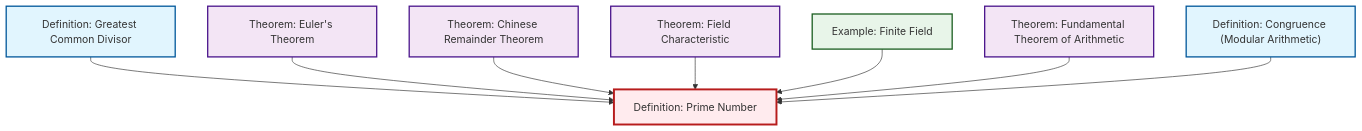
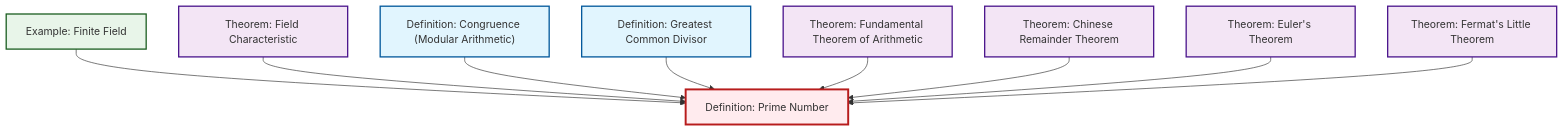
The diagram in content/ja/number-theory/def-prime.qmd (RK0429/ModernMath), drawn with Mermaid before and after one commit. The commit also changed 360 other files, not shown here.

````diff
--- a/content/ja/number-theory/def-prime.qmd
+++ b/content/ja/number-theory/def-prime.qmd
@@ -54,32 +54,35 @@
 ```{mermaid}
 %%| fig-cap: "Local dependency graph"
 graph TD
     classDef definition fill:#e1f5fe,stroke:#01579b,stroke-width:2px
     classDef theorem fill:#f3e5f5,stroke:#4a148c,stroke-width:2px
     classDef axiom fill:#fff3e0,stroke:#e65100,stroke-width:2px
     classDef example fill:#e8f5e9,stroke:#1b5e20,stroke-width:2px
     classDef current fill:#ffebee,stroke:#b71c1c,stroke-width:3px
+    thm-fermat-little["Theorem: Fermat's Little Theorem"]:::theorem
     thm-euler["Theorem: Euler's Theorem"]:::theorem
-    def-gcd["Definition: Greatest Common Divisor"]:::definition
-    ex-finite-field["Example: Finite Field"]:::example
+    thm-field-characteristic["Theorem: Field Characteristic"]:::theorem
     thm-chinese-remainder["Theorem: Chinese Remainder Theorem"]:::theorem
     thm-fundamental-arithmetic["Theorem: Fundamental Theorem of Arithmetic"]:::theorem
+    ex-finite-field["Example: Finite Field"]:::example
     def-prime["Definition: Prime Number"]:::definition
-    thm-field-characteristic["Theorem: Field Characteristic"]:::theorem
     def-congruence["Definition: Congruence (Modular Arithmetic)"]:::definition
+    def-gcd["Definition: Greatest Common Divisor"]:::definition
+    ex-finite-field --> def-prime
+    thm-field-characteristic --> def-prime
+    def-congruence --> def-prime
     def-gcd --> def-prime
+    thm-fundamental-arithmetic --> def-prime
+    thm-chinese-remainder --> def-prime
     thm-euler --> def-prime
-    thm-chinese-remainder --> def-prime
-    thm-field-characteristic --> def-prime
-    ex-finite-field --> def-prime
-    thm-fundamental-arithmetic --> def-prime
-    def-congruence --> def-prime
+    thm-fermat-little --> def-prime
     class def-prime current
+    click thm-fermat-little "thm-fermat-little.html" "Theorem: Fermat's Little Theoremへ"
     click thm-euler "thm-euler.html" "Theorem: Euler's Theoremへ"
-    click def-gcd "def-gcd.html" "Definition: Greatest Common Divisorへ"
-    click ex-finite-field "ex-finite-field.html" "Example: Finite Fieldへ"
+    click thm-field-characteristic "thm-field-characteristic.html" "Theorem: Field Characteristicへ"
     click thm-chinese-remainder "thm-chinese-remainder.html" "Theorem: Chinese Remainder Theoremへ"
     click thm-fundamental-arithmetic "thm-fundamental-arithmetic.html" "Theorem: Fundamental Theorem of Arithmeticへ"
-    click thm-field-characteristic "thm-field-characteristic.html" "Theorem: Field Characteristicへ"
+    click ex-finite-field "ex-finite-field.html" "Example: Finite Fieldへ"
     click def-congruence "def-congruence.html" "Definition: Congruence (Modular Arithmetic)へ"
+    click def-gcd "def-gcd.html" "Definition: Greatest Common Divisorへ"
 ```
````
